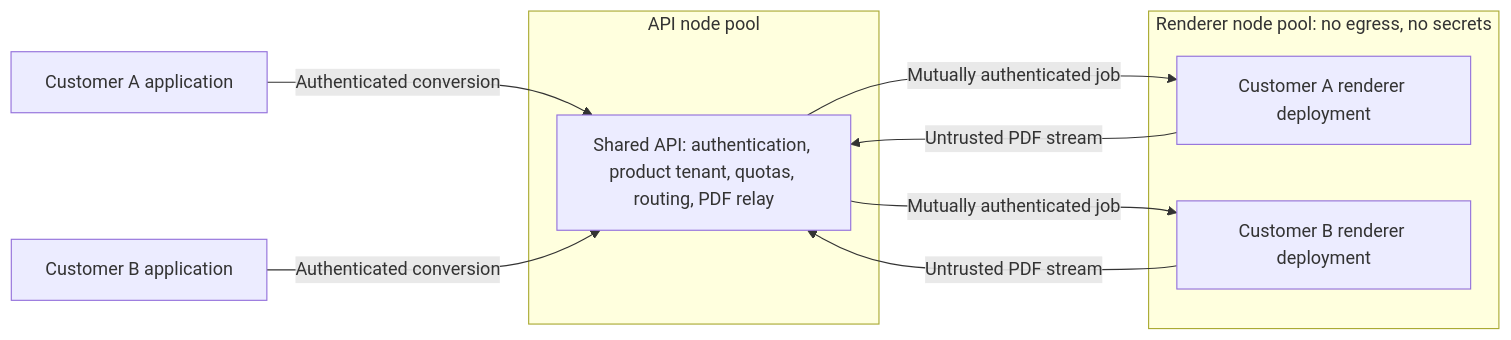
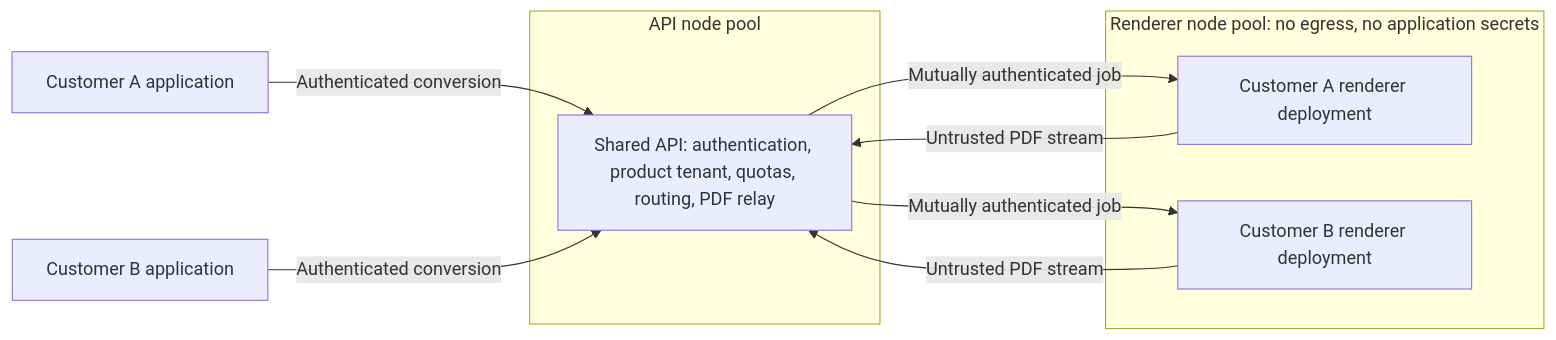
Before and after one commit to atlitech/reports: the first of 2 diagrams in docs/isolated-workers.md, drawn with Mermaid. The commit also changed other lines of this file and 2 other files, not shown here.

First line of the commit message:
docs: address review of hosted renderer design and follow-up results

````diff
--- a/docs/isolated-workers.md
+++ b/docs/isolated-workers.md
@@ -122,16 +130,16 @@
 ```mermaid
 flowchart LR
     CA[Customer A application] -->|Authenticated conversion| API
     CB[Customer B application] -->|Authenticated conversion| API
     subgraph apipool [API node pool]
         API[Shared API: authentication, product tenant, quotas, routing, PDF relay]
     end
-    subgraph rendererpool [Renderer node pool: no egress, no secrets]
+    subgraph rendererpool [Renderer node pool: no egress, no application secrets]
         RA[Customer A renderer deployment]
         RB[Customer B renderer deployment]
     end
     API -->|Mutually authenticated job| RA
     API -->|Mutually authenticated job| RB
     RA -->|Untrusted PDF stream| API
     RB -->|Untrusted PDF stream| API
 ```
````
